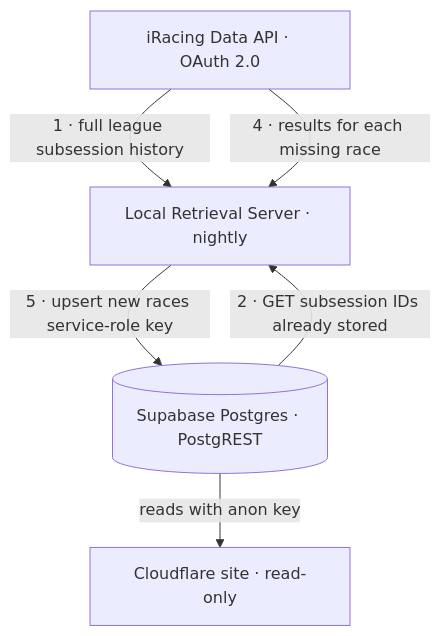
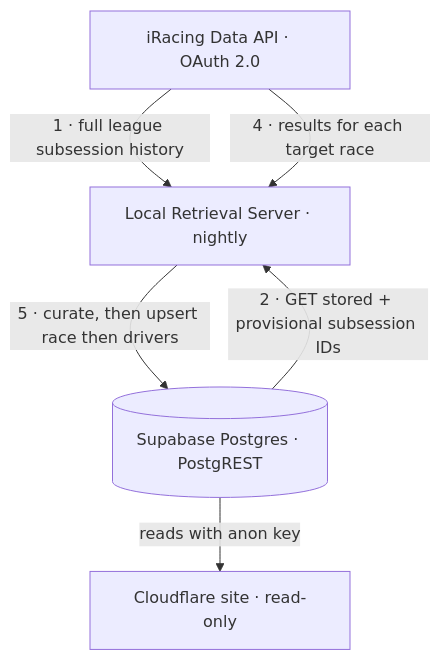
The diagram in README.md (ktrost96/ATCRetrevalServer), drawn with Mermaid before and after one commit. The commit also changed other lines of this file and 5 other files, not shown here.

Commit message:
Updated Schema and season support

````diff
--- a/README.md
+++ b/README.md
@@ -23,13 +23,13 @@
 ```mermaid
 flowchart TD
     IR[iRacing Data API · OAuth 2.0]
     L[Local Retrieval Server · nightly]
     SB[(Supabase Postgres · PostgREST)]
     CF[Cloudflare site · read-only]
 
     IR -->|1 · full league subsession history| L
-    SB -->|2 · GET subsession IDs already stored| L
-    IR -->|4 · results for each missing race| L
-    L -->|5 · upsert new races service-role key| SB
+    SB -->|2 · GET stored + provisional subsession IDs| L
+    IR -->|4 · results for each target race| L
+    L -->|5 · curate, then upsert race then drivers| SB
     SB -->|reads with anon key| CF
 ```
````
